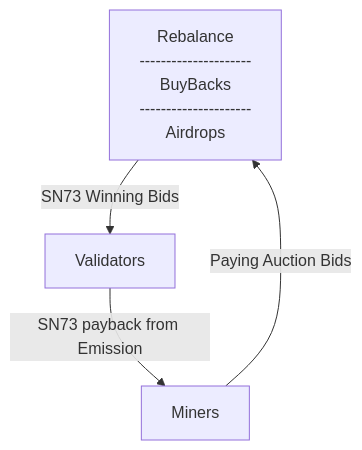
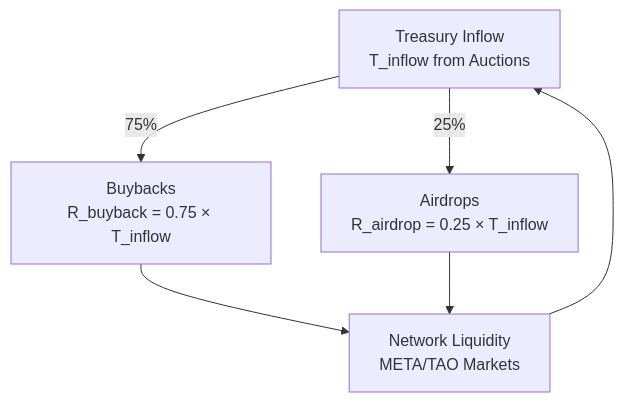
Before and after one commit to VINAYPULAMALA/Metahash-docs: the second of 2 diagrams in understand-metahash/fundamentals/epoch-auction-economics.mdx, drawn with Mermaid. The commit also changed other lines of this file and 6 other files, not shown here.

````diff
--- a/understand-metahash/fundamentals/epoch-auction-economics.mdx
+++ b/understand-metahash/fundamentals/epoch-auction-economics.mdx
@@ -383,6 +235,12 @@
 ```mermaid
 flowchart TD
-    n6["Rebalance<br/>---------------------<br/>BuyBacks<br/>---------------------<br/>Airdrops"] -->|"SN73 Winning Bids"| n2["Validators"]
-    n2 -->|"SN73 payback from Emission"| n1["Miners"]
-    n1 -->|"Paying Auction Bids"| n6
+    T["Treasury Inflow<br/>T_inflow from Auctions"]
+
+    T -->|"75%"| B["Buybacks<br/>R_buyback = 0.75 × T_inflow"]
+    T -->|"25%"| A["Airdrops<br/>R_airdrop = 0.25 × T_inflow"]
+
+    B --> R["Network Liquidity<br/>META/TAO Markets"]
+    A --> R
+
+    R --> T
 ```
````
